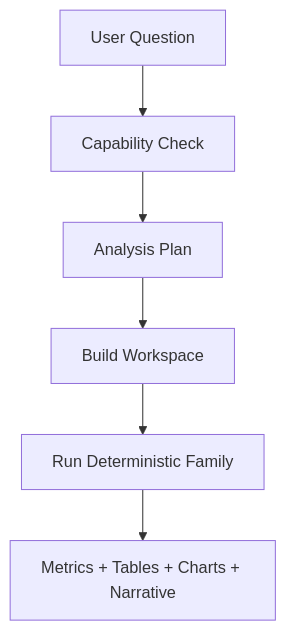
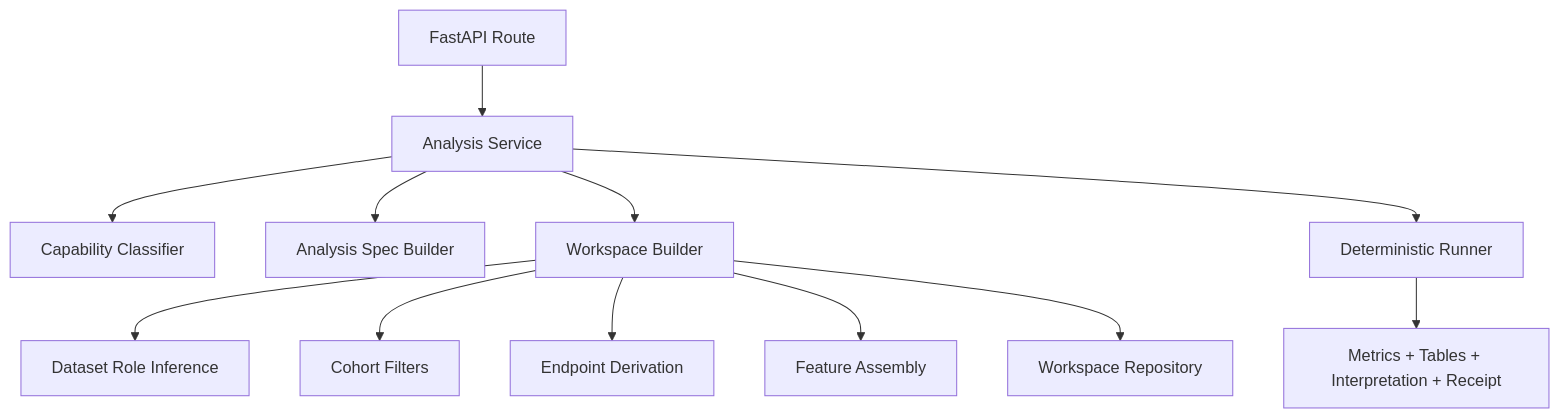
Before and after one commit to mnikor/Study-Data-analysis: the sixth of 6 diagrams in README.md, drawn with Mermaid. The commit also changed other lines of this file and 35 other files, not shown here.

Commit message:
Improve analysis workflows architecture and docs

````diff
--- a/README.md
+++ b/README.md
@@ -385,8 +266,14 @@
 ```mermaid
-flowchart TD
-    Q["User Question"] --> CAP["Capability Check"]
-    CAP --> PLAN["Analysis Plan"]
-    PLAN --> WS["Build Workspace"]
-    WS --> RUN["Run Deterministic Family"]
-    RUN --> RESP["Metrics + Tables + Charts + Narrative"]
+graph TD
+    API["FastAPI Route"] --> SERVICE["Analysis Service"]
+    SERVICE --> CAP["Capability Classifier"]
+    SERVICE --> SPEC["Analysis Spec Builder"]
+    SERVICE --> WORK["Workspace Builder"]
+    WORK --> ROLE["Dataset Role Inference"]
+    WORK --> FILTER["Cohort Filters"]
+    WORK --> DERIVE["Endpoint Derivation"]
+    WORK --> MERGE["Feature Assembly"]
+    WORK --> SAVE["Workspace Repository"]
+    SERVICE --> RUN["Deterministic Runner"]
+    RUN --> OUT["Metrics + Tables + Interpretation + Receipt"]
 ```
````
